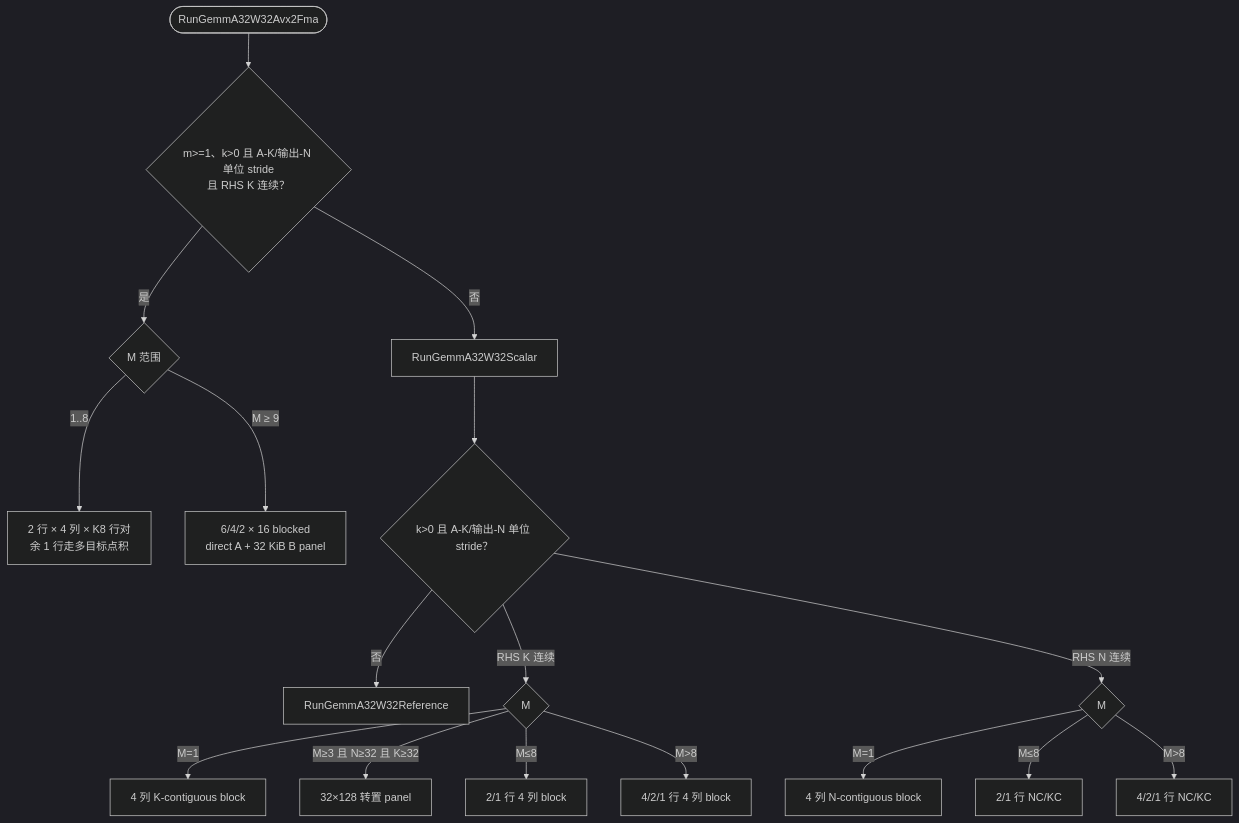
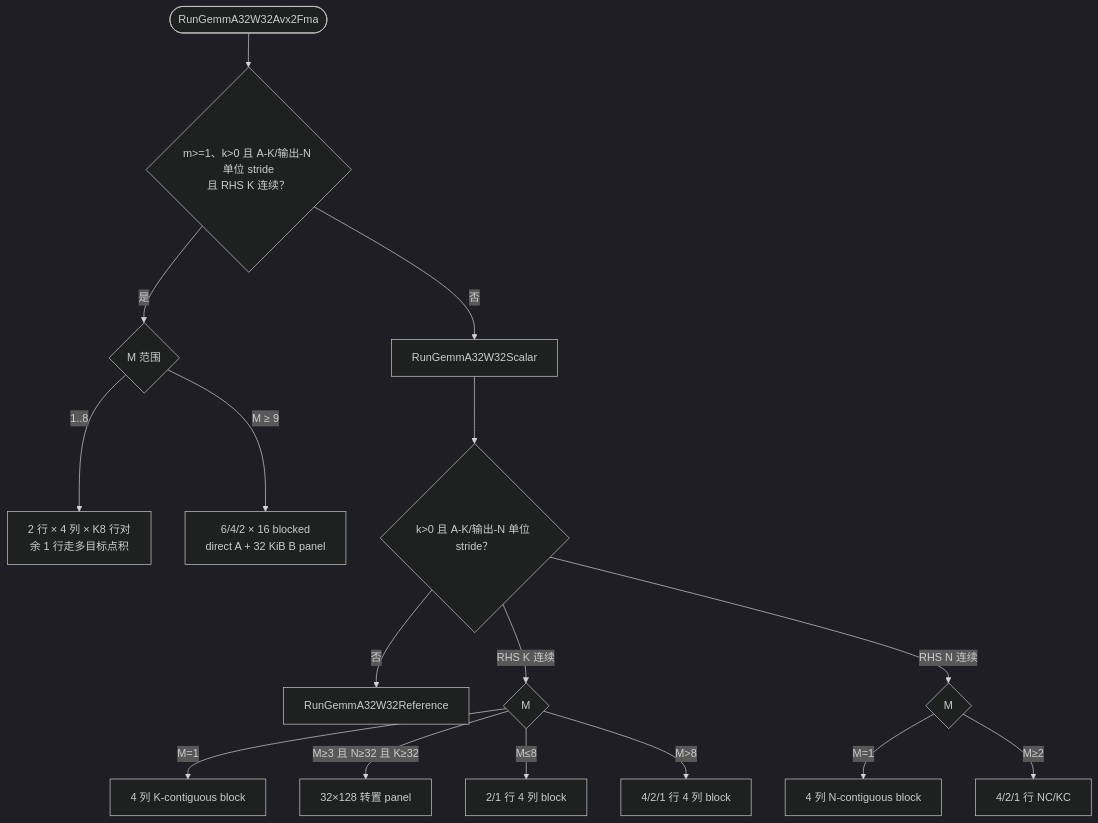
The third of 5 diagrams in docs/handbook/算子系统/算子实现详解/GEMM 内核.md (fengjiran/AetherMind), drawn with Mermaid (dark theme) before and after one commit. The commit also changed other lines of this file and 3 other files, not shown here.

````diff
--- a/docs/handbook/算子系统/算子实现详解/GEMM 内核.md
+++ b/docs/handbook/算子系统/算子实现详解/GEMM 内核.md
@@ -311,19 +311,18 @@
 ```mermaid
 flowchart TD
     Enter(["RunGemmA32W32Avx2Fma"]) --> Layout{"m>=1、k>0 且 A-K/输出-N 单位 stride<br/>且 RHS K 连续？"}
     Layout -->|否| Scalar["RunGemmA32W32Scalar"]
     Layout -->|是| Mrange{"M 范围"}
     Mrange -->|"1..8"| RowPair["2 行 × 4 列 × K8 行对<br/>余 1 行走多目标点积"]
     Mrange -->|"M ≥ 9"| Blocked["6/4/2 × 16 blocked<br/>direct A + 32 KiB B panel"]
     Scalar --> ScalarLayout{"k>0 且 A-K/输出-N 单位 stride？"}
     ScalarLayout -->|否| Ref["RunGemmA32W32Reference"]
     ScalarLayout -->|"RHS K 连续"| KPath{"M"}
     KPath -->|"M=1"| K4["4 列 K-contiguous block"]
     KPath -->|"M≥3 且 N≥32 且 K≥32"| Panel["32×128 转置 panel"]
     KPath -->|"M≤8"| KSmall["2/1 行 4 列 block"]
     KPath -->|"M>8"| KGeneric["4/2/1 行 4 列 block"]
     ScalarLayout -->|"RHS N 连续"| NPath{"M"}
     NPath -->|"M=1"| N4["4 列 N-contiguous block"]
-    NPath -->|"M≤8"| NSmall["2/1 行 NC/KC"]
-    NPath -->|"M>8"| NGeneric["4/2/1 行 NC/KC"]
+    NPath -->|"M≥2"| NGeneric["4/2/1 行 NC/KC"]
 ```
````
